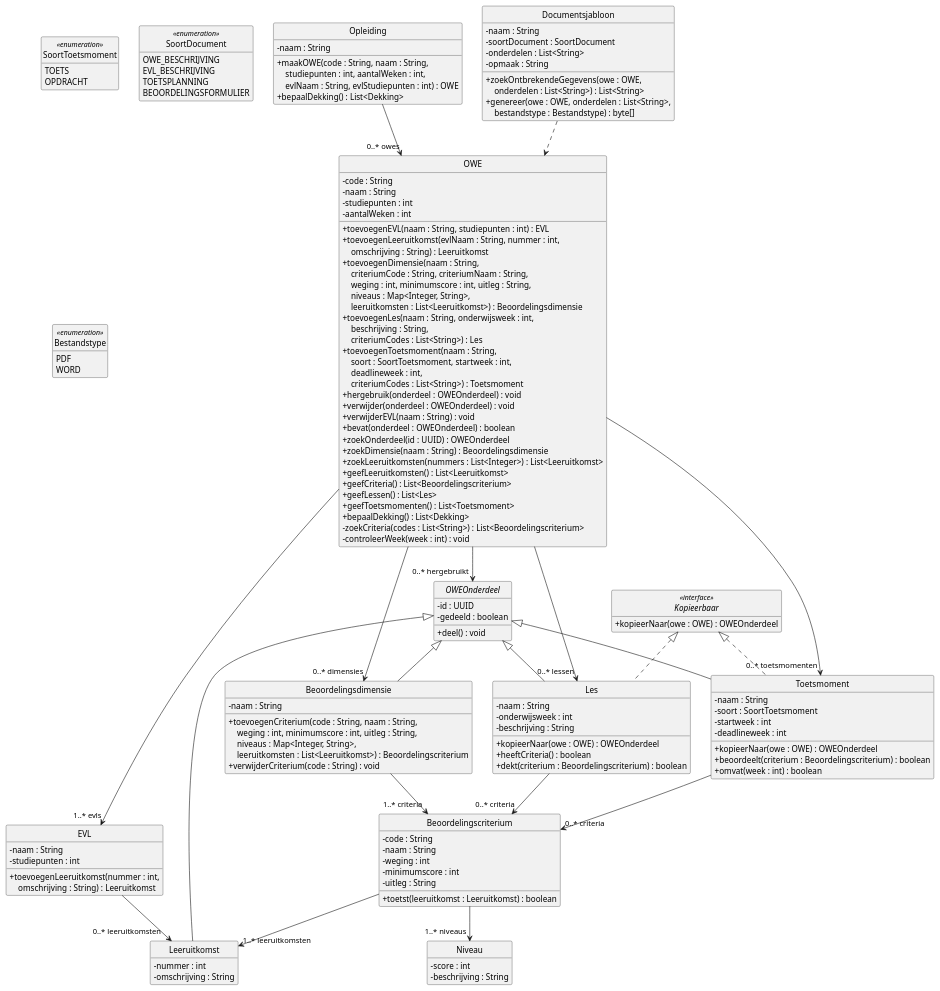
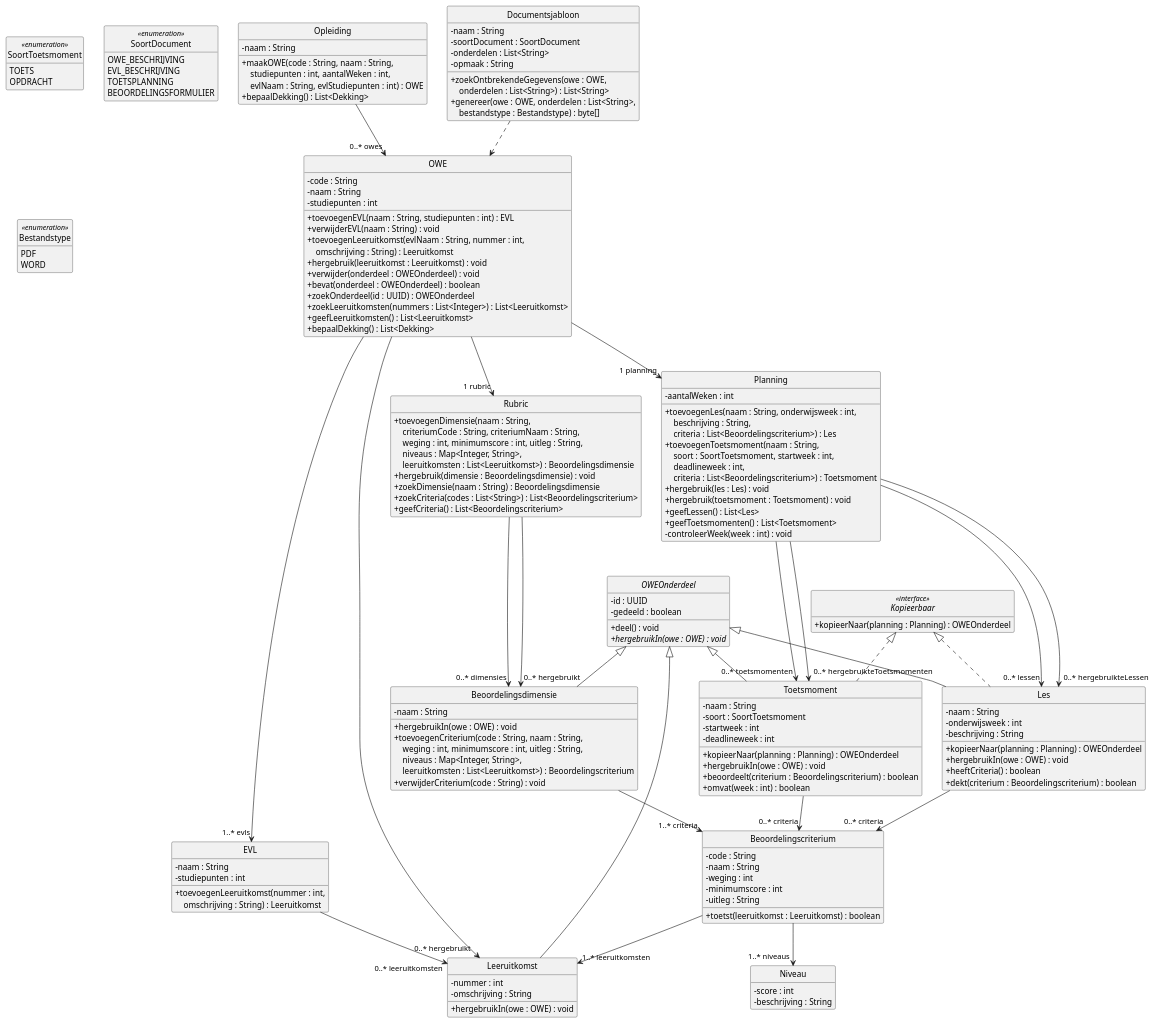
The diagram in docs/diagrams/klassendiagram-domein.puml (HAN-Craftsmanship-KL-JJG/casus), drawn with PlantUML before and after one commit. The commit also changed 18 other files, not shown here.

First line of the commit message:
refactor(docs): split OWE into Rubric and Planning

```diff
--- a/docs/diagrams/klassendiagram-domein.puml
+++ b/docs/diagrams/klassendiagram-domein.puml
@@ -1,167 +1,187 @@
 @startuml klassendiagram-domein
 ' Design class diagram van ICDE: de domeinklassen. Toelichting: docs/07-klassendiagram.md
 ' Getters en setters staan er niet in, zoals bij Larman (7.6).
 skinparam style strictuml
 skinparam shadowing false
 skinparam defaultFontName Helvetica
 skinparam classAttributeIconSize 0
 hide empty members
 
 class Opleiding {
   - naam : String
   + maakOWE(code : String, naam : String,\n    \
 studiepunten : int, aantalWeken : int,\n    \
 evlNaam : String, evlStudiepunten : int) : OWE
   + bepaalDekking() : List<Dekking>
 }
 
 class OWE {
   - code : String
   - naam : String
   - studiepunten : int
-  - aantalWeken : int
   + toevoegenEVL(naam : String, studiepunten : int) : EVL
+  + verwijderEVL(naam : String) : void
   + toevoegenLeeruitkomst(evlNaam : String, nummer : int,\n    \
 omschrijving : String) : Leeruitkomst
+  + hergebruik(leeruitkomst : Leeruitkomst) : void
+  + verwijder(onderdeel : OWEOnderdeel) : void
+  + bevat(onderdeel : OWEOnderdeel) : boolean
+  + zoekOnderdeel(id : UUID) : OWEOnderdeel
+  + zoekLeeruitkomsten(nummers : List<Integer>) : List<Leeruitkomst>
+  + geefLeeruitkomsten() : List<Leeruitkomst>
+  + bepaalDekking() : List<Dekking>
+}
+
+class Rubric {
   + toevoegenDimensie(naam : String,\n    \
 criteriumCode : String, criteriumNaam : String,\n    \
 weging : int, minimumscore : int, uitleg : String,\n    \
 niveaus : Map<Integer, String>,\n    \
 leeruitkomsten : List<Leeruitkomst>) : Beoordelingsdimensie
+  + hergebruik(dimensie : Beoordelingsdimensie) : void
+  + zoekDimensie(naam : String) : Beoordelingsdimensie
+  + zoekCriteria(codes : List<String>) : List<Beoordelingscriterium>
+  + geefCriteria() : List<Beoordelingscriterium>
+}
+
+class Planning {
+  - aantalWeken : int
   + toevoegenLes(naam : String, onderwijsweek : int,\n    \
 beschrijving : String,\n    \
-criteriumCodes : List<String>) : Les
+criteria : List<Beoordelingscriterium>) : Les
   + toevoegenToetsmoment(naam : String,\n    \
 soort : SoortToetsmoment, startweek : int,\n    \
 deadlineweek : int,\n    \
-criteriumCodes : List<String>) : Toetsmoment
-  + hergebruik(onderdeel : OWEOnderdeel) : void
-  + verwijder(onderdeel : OWEOnderdeel) : void
-  + verwijderEVL(naam : String) : void
-  + bevat(onderdeel : OWEOnderdeel) : boolean
-  + zoekOnderdeel(id : UUID) : OWEOnderdeel
-  + zoekDimensie(naam : String) : Beoordelingsdimensie
-  + zoekLeeruitkomsten(nummers : List<Integer>) : List<Leeruitkomst>
-  + geefLeeruitkomsten() : List<Leeruitkomst>
-  + geefCriteria() : List<Beoordelingscriterium>
+criteria : List<Beoordelingscriterium>) : Toetsmoment
+  + hergebruik(les : Les) : void
+  + hergebruik(toetsmoment : Toetsmoment) : void
   + geefLessen() : List<Les>
   + geefToetsmomenten() : List<Toetsmoment>
-  + bepaalDekking() : List<Dekking>
-  - zoekCriteria(codes : List<String>) : List<Beoordelingscriterium>
   - controleerWeek(week : int) : void
 }
 
 class EVL {
   - naam : String
   - studiepunten : int
   + toevoegenLeeruitkomst(nummer : int,\n    \
 omschrijving : String) : Leeruitkomst
 }
 
 abstract class OWEOnderdeel {
   - id : UUID
   - gedeeld : boolean
   + deel() : void
+  + {abstract} hergebruikIn(owe : OWE) : void
 }
 
 class Leeruitkomst {
   - nummer : int
   - omschrijving : String
+  + hergebruikIn(owe : OWE) : void
 }
 
 class Beoordelingsdimensie {
   - naam : String
+  + hergebruikIn(owe : OWE) : void
   + toevoegenCriterium(code : String, naam : String,\n    \
 weging : int, minimumscore : int, uitleg : String,\n    \
 niveaus : Map<Integer, String>,\n    \
 leeruitkomsten : List<Leeruitkomst>) : Beoordelingscriterium
   + verwijderCriterium(code : String) : void
 }
 
 class Beoordelingscriterium {
   - code : String
   - naam : String
   - weging : int
   - minimumscore : int
   - uitleg : String
   + toetst(leeruitkomst : Leeruitkomst) : boolean
 }
 
 class Niveau {
   - score : int
   - beschrijving : String
 }
 
 class Les {
   - naam : String
   - onderwijsweek : int
   - beschrijving : String
-  + kopieerNaar(owe : OWE) : OWEOnderdeel
+  + kopieerNaar(planning : Planning) : OWEOnderdeel
+  + hergebruikIn(owe : OWE) : void
   + heeftCriteria() : boolean
   + dekt(criterium : Beoordelingscriterium) : boolean
 }
 
 class Toetsmoment {
   - naam : String
   - soort : SoortToetsmoment
   - startweek : int
   - deadlineweek : int
-  + kopieerNaar(owe : OWE) : OWEOnderdeel
+  + kopieerNaar(planning : Planning) : OWEOnderdeel
+  + hergebruikIn(owe : OWE) : void
   + beoordeelt(criterium : Beoordelingscriterium) : boolean
   + omvat(week : int) : boolean
 }
 
 class Documentsjabloon {
   - naam : String
   - soortDocument : SoortDocument
   - onderdelen : List<String>
   - opmaak : String
   + zoekOntbrekendeGegevens(owe : OWE,\n    \
 onderdelen : List<String>) : List<String>
   + genereer(owe : OWE, onderdelen : List<String>,\n    \
 bestandstype : Bestandstype) : byte[]
 }
 
 interface Kopieerbaar <<interface>> {
-  + kopieerNaar(owe : OWE) : OWEOnderdeel
+  + kopieerNaar(planning : Planning) : OWEOnderdeel
 }
 
 enum SoortToetsmoment <<enumeration>> {
   TOETS
   OPDRACHT
 }
 
 enum SoortDocument <<enumeration>> {
   OWE_BESCHRIJVING
   EVL_BESCHRIJVING
   TOETSPLANNING
   BEOORDELINGSFORMULIER
 }
 
 enum Bestandstype <<enumeration>> {
   PDF
   WORD
 }
 
+' Langere lijnen geven de rolnamen van hergebruik ruimte.
 Opleiding --> "0..* owes" OWE
 OWE --> "1..* evls" EVL
+OWE --> "1 rubric" Rubric
+OWE --> "1 planning" Planning
+OWE --> "0..* hergebruikt" Leeruitkomst
 EVL --> "0..* leeruitkomsten" Leeruitkomst
-OWE --> "0..* dimensies" Beoordelingsdimensie
+Rubric --> "0..* dimensies" Beoordelingsdimensie
+Rubric ---> "0..* hergebruikt" Beoordelingsdimensie
 Beoordelingsdimensie --> "1..* criteria" Beoordelingscriterium
 Beoordelingscriterium --> "1..* niveaus" Niveau
 Beoordelingscriterium --> "1..* leeruitkomsten" Leeruitkomst
-OWE --> "0..* lessen" Les
-OWE --> "0..* toetsmomenten" Toetsmoment
+Planning --> "0..* lessen" Les
+Planning --> "0..* toetsmomenten" Toetsmoment
+Planning ---> "0..* hergebruikteLessen" Les
+Planning ---> "0..* hergebruikteToetsmomenten" Toetsmoment
 Les --> "0..* criteria" Beoordelingscriterium
 Toetsmoment --> "0..* criteria" Beoordelingscriterium
-OWE --> "0..* hergebruikt" OWEOnderdeel
 
 OWEOnderdeel <|-- Leeruitkomst
 OWEOnderdeel <|-- Beoordelingsdimensie
 OWEOnderdeel <|-- Les
 OWEOnderdeel <|-- Toetsmoment
 Kopieerbaar <|.. Les
 Kopieerbaar <|.. Toetsmoment
 
 Documentsjabloon ..> OWE
 @enduml
```
